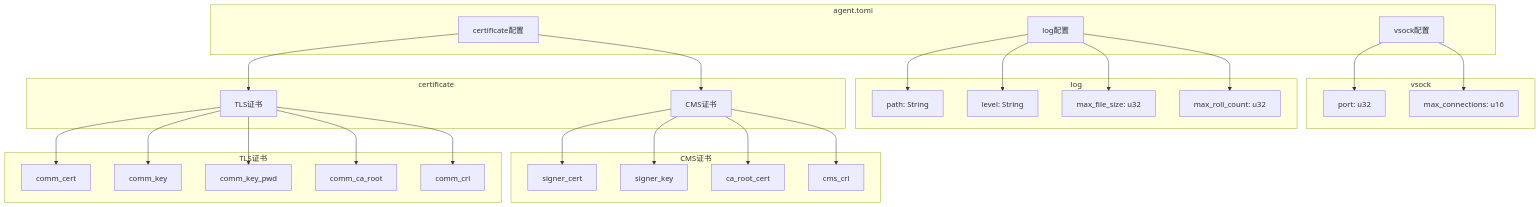
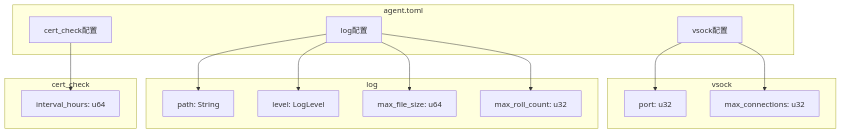
Diagram 14 of 14 in docs/architecture.md (openeuler-mirror/trustruntime), drawn with Mermaid before and after one commit. The commit also changed 22 other files, not shown here.

````diff
--- a/docs/architecture.md
+++ b/docs/architecture.md
@@ -528,58 +528,32 @@
 ```mermaid
 graph TB
     subgraph "agent.toml"
         VSOCK[vsock配置]
         LOGC[log配置]
-        CERTC[certificate配置]
+        CERTC[cert_check配置]
     end
 
     subgraph "vsock"
         PORT[port: u32]
-        MAX[max_connections: u16]
+        MAX[max_connections: u32]
     end
 
     subgraph "log"
         LPATH[path: String]
-        LLEV[level: String]
-        LSIZE[max_file_size: u32]
+        LLEV[level: LogLevel]
+        LSIZE[max_file_size: u64]
         LROLL[max_roll_count: u32]
     end
 
-    subgraph "certificate"
-        CMS[CMS证书]
-        TLS[TLS证书]
-    end
-
-    subgraph "CMS证书"
-        SCERT[signer_cert]
-        SKEY[signer_key]
-        CA[ca_root_cert]
-        CRL[cms_crl]
-    end
-
-    subgraph "TLS证书"
-        CCERT[comm_cert]
-        CKEY[comm_key]
-        CPWD[comm_key_pwd]
-        CCA[comm_ca_root]
-        CCRL[comm_crl]
+    subgraph "cert_check"
+        INT[interval_hours: u64]
     end
 
     VSOCK --> PORT
     VSOCK --> MAX
     LOGC --> LPATH
     LOGC --> LLEV
     LOGC --> LSIZE
     LOGC --> LROLL
-    CERTC --> CMS
-    CERTC --> TLS
-    CMS --> SCERT
-    CMS --> SKEY
-    CMS --> CA
-    CMS --> CRL
-    TLS --> CCERT
-    TLS --> CKEY
-    TLS --> CPWD
-    TLS --> CCA
-    TLS --> CCRL
+    CERTC --> INT
 ```
````
